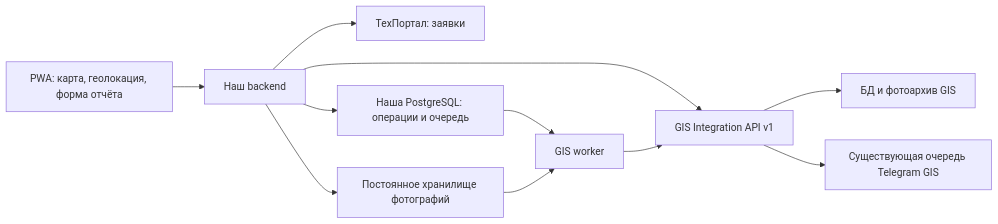
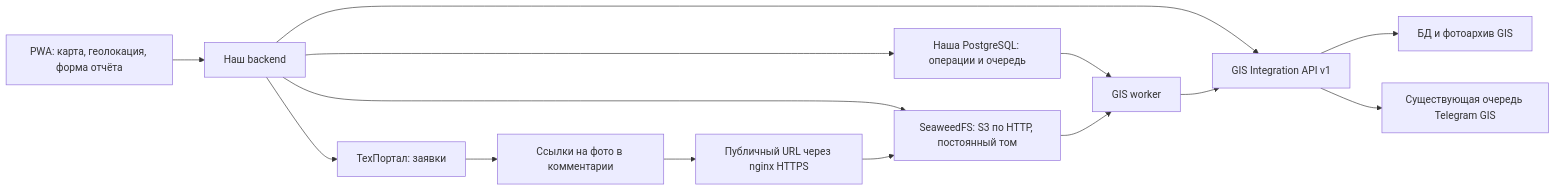
The diagram in docs/gis-architecture.md (santor72/tp.pwa), drawn with Mermaid before and after one commit. The commit also changed other lines of this file and 30 other files, not shown here.

````diff
--- a/docs/gis-architecture.md
+++ b/docs/gis-architecture.md
@@ -32,13 +38,16 @@
 ```mermaid
 flowchart LR
     PWA["PWA: карта, геолокация, форма отчёта"] --> BE["Наш backend"]
     BE --> TP["ТехПортал: заявки"]
     BE --> API["GIS Integration API v1"]
     BE --> DB["Наша PostgreSQL: операции и очередь"]
-    BE --> FILES["Постоянное хранилище фотографий"]
+    BE --> FILES["SeaweedFS: S3 по HTTP, постоянный том"]
+    TP --> LINKS["Ссылки на фото в комментарии"]
+    LINKS --> PUBLIC["Публичный URL через nginx HTTPS"]
+    PUBLIC --> FILES
     DB --> WORKER["GIS worker"]
     FILES --> WORKER
     WORKER --> API
     API --> GIS["БД и фотоархив GIS"]
     API --> TG["Существующая очередь Telegram GIS"]
 ```
````
